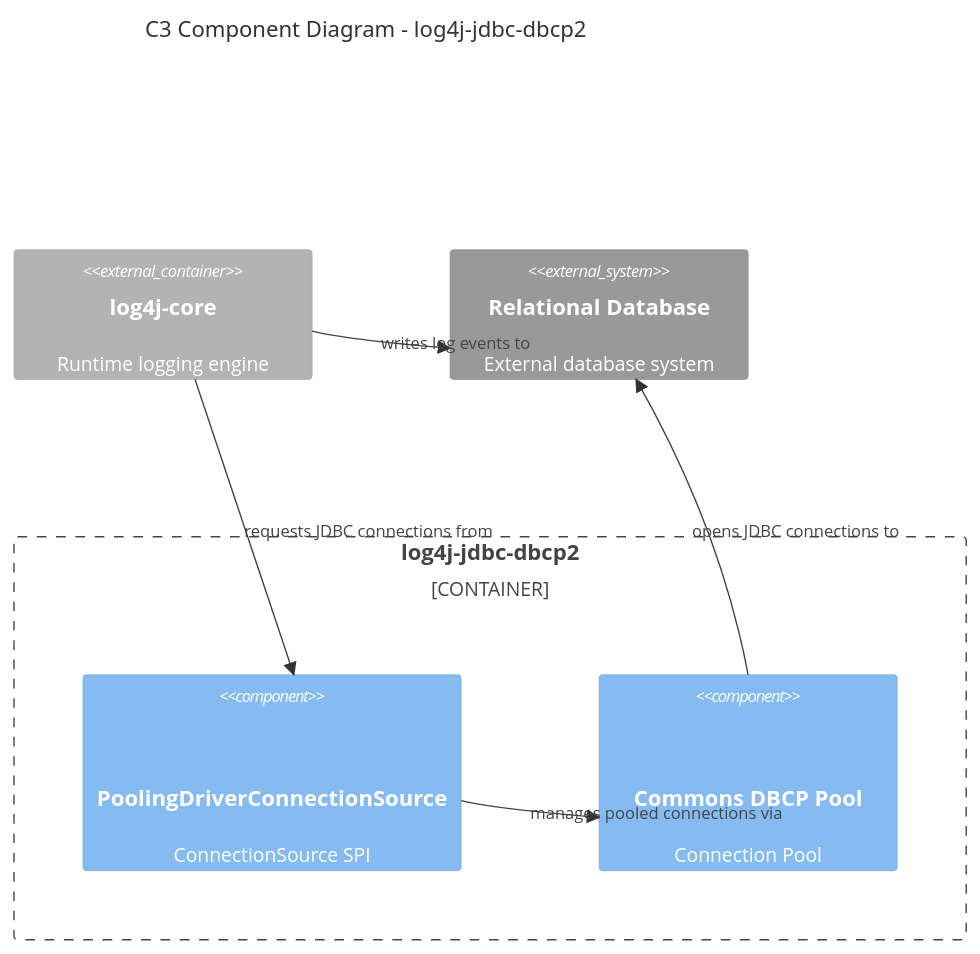
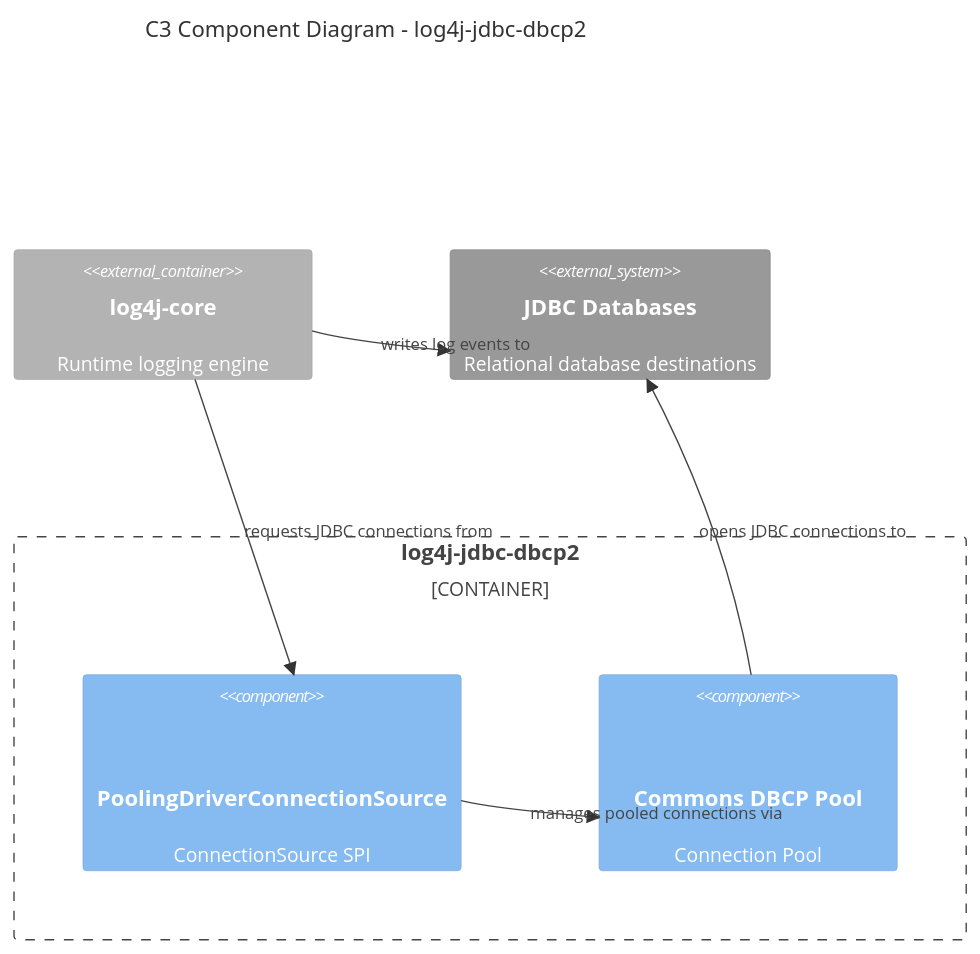
The seventh of 8 diagrams in docs/architecture.md (SwDA-Team07/AY-25-26-project), drawn with Mermaid before and after one commit. The commit also changed other lines of this file, not shown here.

First line of the commit message:
docs: Fixed diagram inconsistency

````diff
--- a/docs/architecture.md
+++ b/docs/architecture.md
@@ -278,18 +278,18 @@
 ```mermaid
 C4Component
 title C3 Component Diagram - log4j-jdbc-dbcp2
 
 Container_Ext(core, "log4j-core",, "Runtime logging engine")
-System_Ext(db, "Relational Database", "External database system")
+System_Ext(db, "JDBC Databases", "Relational database destinations")
 
 Container_Boundary(jdbc2, "log4j-jdbc-dbcp2") {
 
     Component(pcs, "PoolingDriverConnectionSource",, "ConnectionSource SPI", "Provides pooled JDBC connections")
     Component(dbcp, "Commons DBCP Pool",, "Connection Pool", "Manages JDBC connection pooling")
 }
 
 Rel(core, pcs, "requests JDBC connections from")
 Rel(pcs, dbcp, "manages pooled connections via")
 Rel(dbcp, db, "opens JDBC connections to")
 Rel(core, db, "writes log events to")
 ```
````
